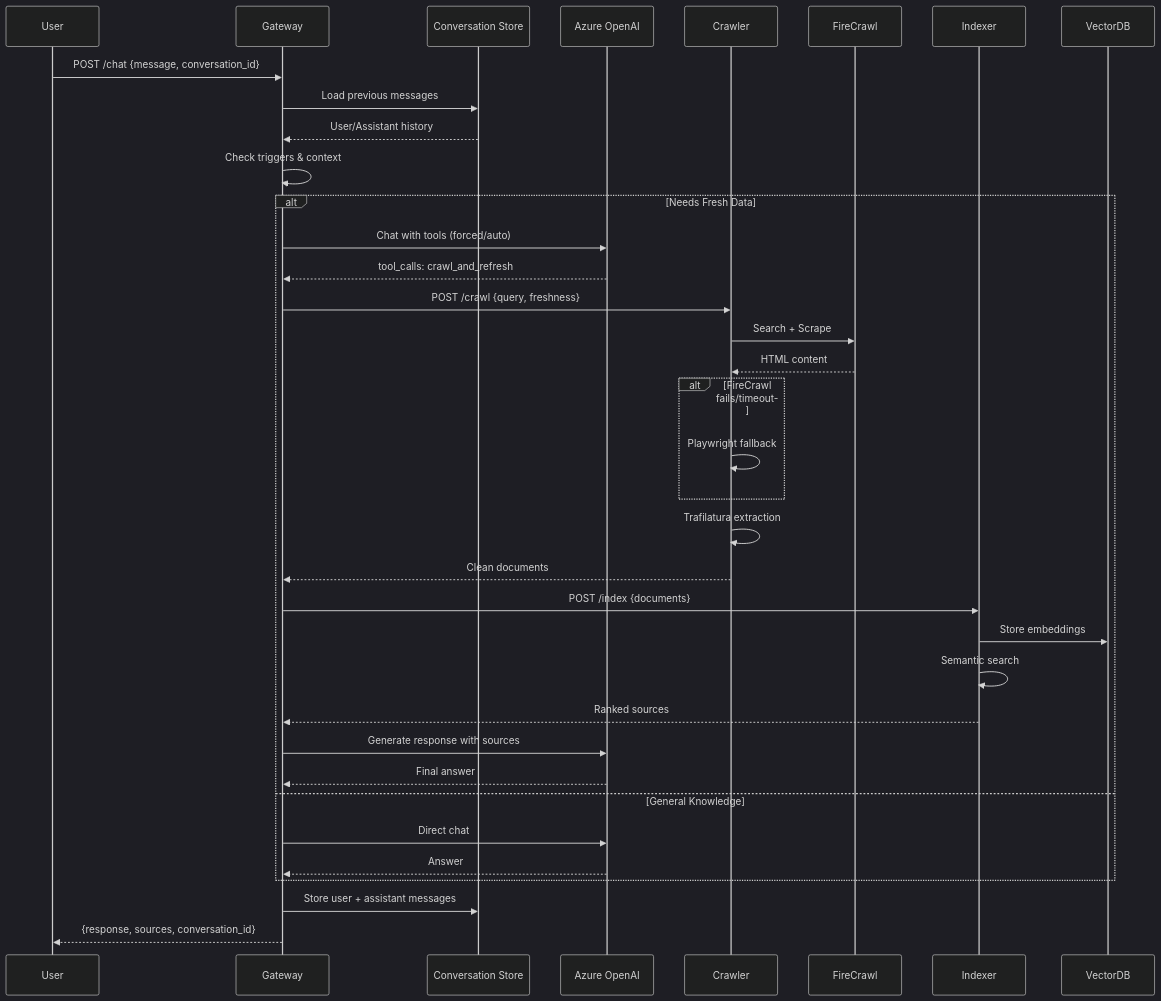
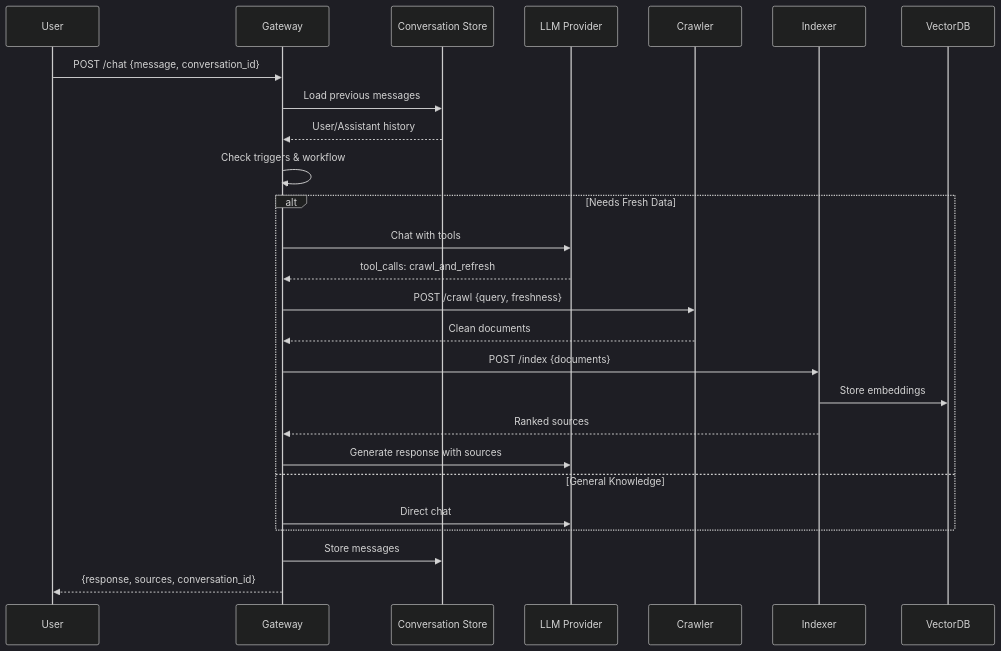
One commit to shushenglihotmail/LLMCrawl changed the first of 2 diagrams in docs/ARCHITECTURE.md. Above: the diagram before and after it, drawn with Mermaid (dark theme). The commit also changed other lines of this file and 13 other files, not shown here.

````diff
--- a/docs/ARCHITECTURE.md
+++ b/docs/ARCHITECTURE.md
@@ -85,46 +113,31 @@
 ```mermaid
 sequenceDiagram
     participant User
     participant Gateway
     participant ConvStore as Conversation Store
-    participant LLM as Azure OpenAI
+    participant LLM as LLM Provider
     participant Crawler
-    participant FireCrawl
     participant Indexer
     participant VectorDB
 
     User->>Gateway: POST /chat {message, conversation_id}
     Gateway->>ConvStore: Load previous messages
     ConvStore-->>Gateway: User/Assistant history
-    Gateway->>Gateway: Check triggers & context
+    Gateway->>Gateway: Check triggers & workflow
 
     alt Needs Fresh Data
-        Gateway->>LLM: Chat with tools (forced/auto)
+        Gateway->>LLM: Chat with tools
         LLM-->>Gateway: tool_calls: crawl_and_refresh
         Gateway->>Crawler: POST /crawl {query, freshness}
-
-        Crawler->>FireCrawl: Search + Scrape
-        FireCrawl-->>Crawler: HTML content
-
-        alt FireCrawl fails/timeout
-            Crawler->>Crawler: Playwright fallback
-        end
-
-        Crawler->>Crawler: Trafilatura extraction
         Crawler-->>Gateway: Clean documents
-
         Gateway->>Indexer: POST /index {documents}
         Indexer->>VectorDB: Store embeddings
-        Indexer->>Indexer: Semantic search
         Indexer-->>Gateway: Ranked sources
-
         Gateway->>LLM: Generate response with sources
-        LLM-->>Gateway: Final answer
     else General Knowledge
         Gateway->>LLM: Direct chat
-        LLM-->>Gateway: Answer
     end
 
-    Gateway->>ConvStore: Store user + assistant messages
+    Gateway->>ConvStore: Store messages
     Gateway-->>User: {response, sources, conversation_id}
 ```
````
